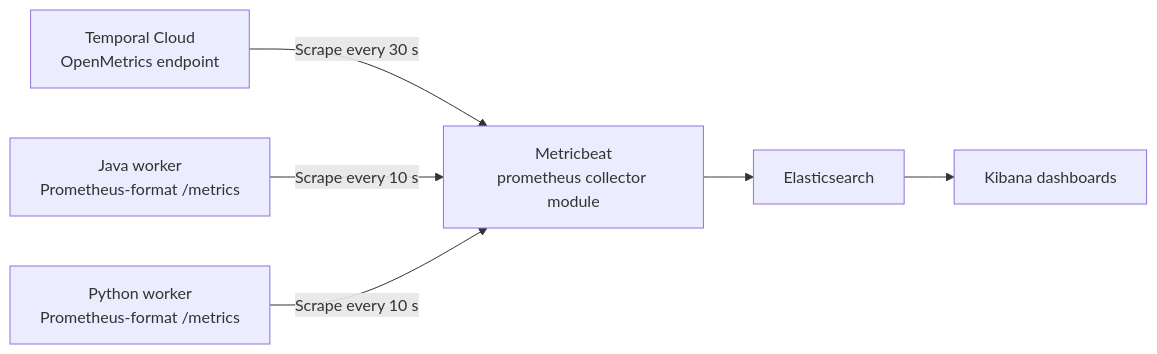
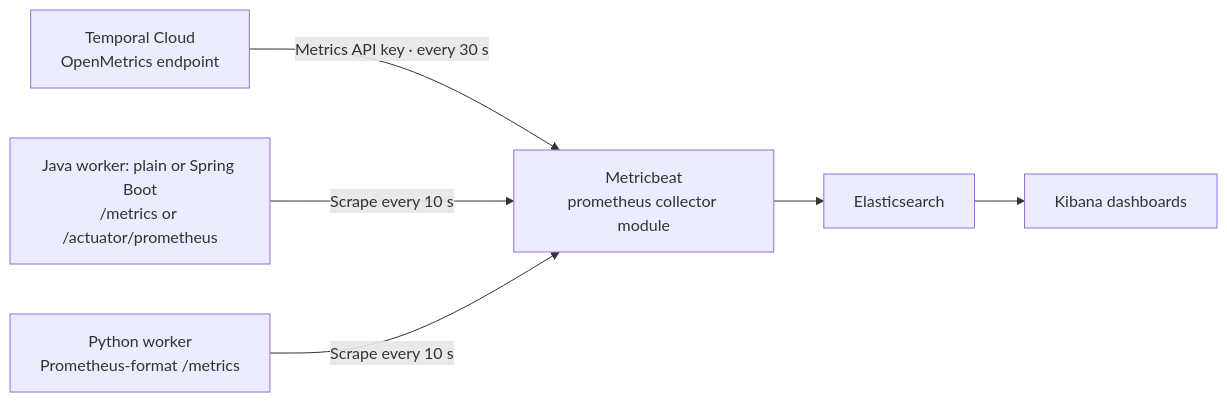
One commit to technoidentity-kuncha/temporal-cloud-elk-kit changed the diagram in elk/README.md. Above: the diagram before and after it, drawn with Mermaid. The commit also changed other lines of this file and 32 other files, not shown here.

Commit message:
Add Temporal profiles, mTLS and optional Spring Boot worker

````diff
--- a/elk/README.md
+++ b/elk/README.md
@@ -3,8 +3,8 @@
 ```mermaid
 flowchart LR
-    cloud["Temporal Cloud<br/>OpenMetrics endpoint"] -->|"Scrape every 30 s"| beat
-    java["Java worker<br/>Prometheus-format /metrics"] -->|"Scrape every 10 s"| beat
+    cloud["Temporal Cloud<br/>OpenMetrics endpoint"] -->|"Metrics API key · every 30 s"| beat
+    java["Java worker: plain or Spring Boot<br/>/metrics or /actuator/prometheus"] -->|"Scrape every 10 s"| beat
     python["Python worker<br/>Prometheus-format /metrics"] -->|"Scrape every 10 s"| beat
     beat["Metricbeat<br/>prometheus collector module"] --> es["Elasticsearch"]
     es --> kibana["Kibana dashboards"]
 ```
````
